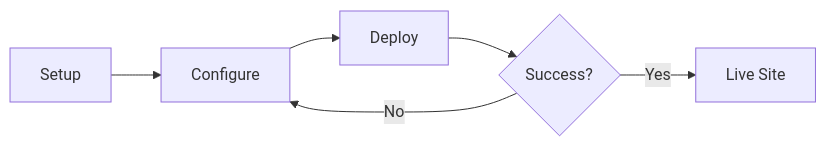
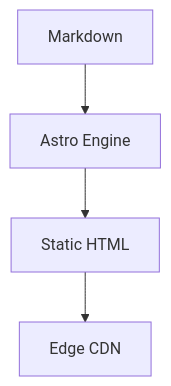
Before and after one commit to antiantidev/astrodex: the diagram in src/content/docs/astrodex-base/v1.0.1/components/components-formatters.md, drawn with Mermaid. The commit also changed other lines of this file and 13 other files, not shown here.

````diff
--- a/src/content/docs/astrodex-base/v1.0.1/components/components-formatters.md
+++ b/src/content/docs/astrodex-base/v1.0.1/components/components-formatters.md
@@ -36,8 +33,6 @@
 ```mermaid
-graph LR;
-    A[Setup] --> B[Configure];
-    B --> C[Deploy];
-    C --> D{Success?};
-    D -->|Yes| E[Live Site];
-    D -->|No| B;
+graph TD;
+    A[Markdown] --> B[Astro Engine];
+    B --> C[Static HTML];
+    C --> D[Edge CDN];
 ```
````
